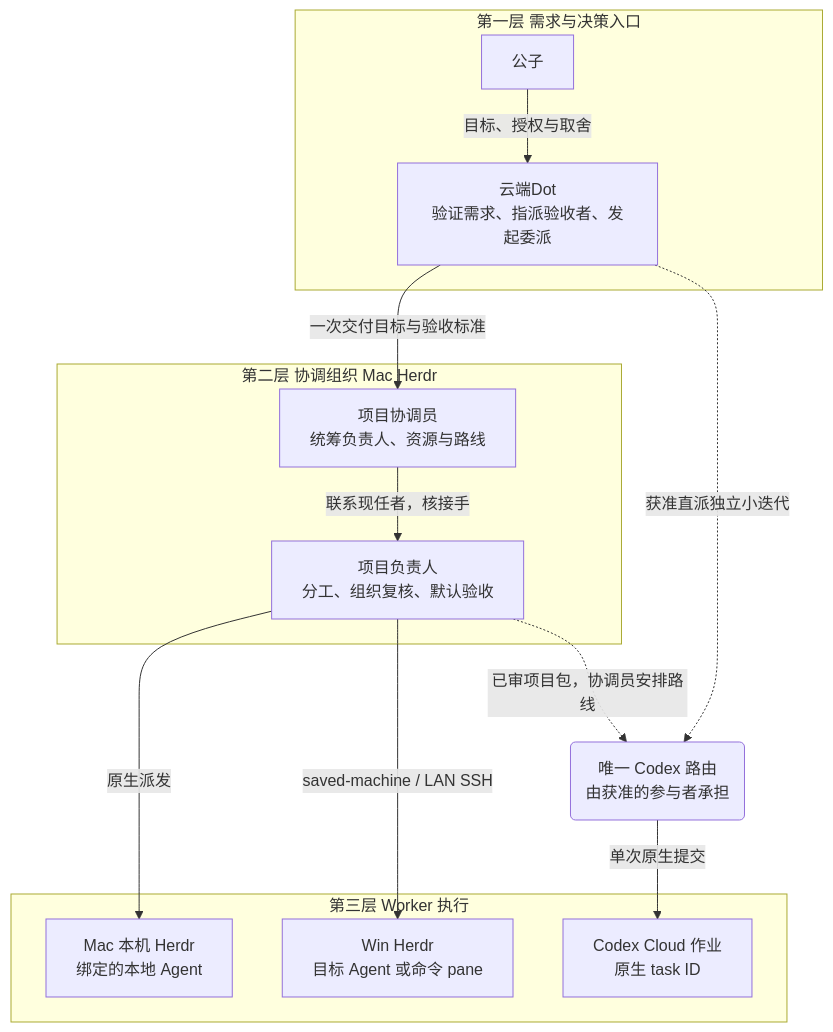
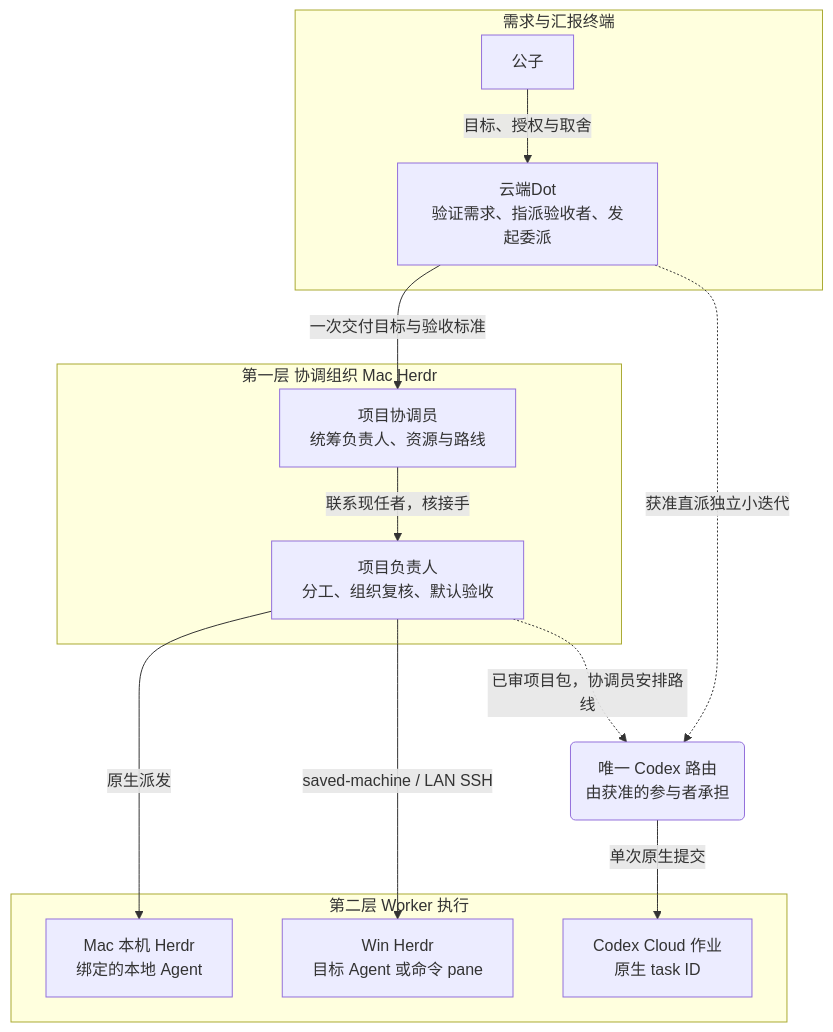
Before and after one commit to CF-FE/herdr-4-codexcloud: the first of 3 diagrams in docs/architecture.md, drawn with Mermaid. The commit also changed other lines of this file and 13 other files, not shown here.

Commit message:
docs: refresh architecture diagrams and verified memory status

````diff
--- a/docs/architecture.md
+++ b/docs/architecture.md
@@ -19,20 +23,20 @@
 ```mermaid
 graph TD
-    subgraph 第一层 需求与决策入口
+    subgraph 需求与汇报终端
         U["公子"] -->|"目标、授权与取舍"| D["云端Dot<br/>验证需求、指派验收者、发起委派"]
     end
-    subgraph 第二层 协调组织 Mac Herdr
+    subgraph 第一层 协调组织 Mac Herdr
         C["项目协调员<br/>统筹负责人、资源与路线"] -->|"联系现任者，核接手"| O["项目负责人<br/>分工、组织复核、默认验收"]
     end
-    subgraph 第三层 Worker 执行
+    subgraph 第二层 Worker 执行
         M["Mac 本机 Herdr<br/>绑定的本地 Agent"]
         W["Win Herdr<br/>目标 Agent 或命令 pane"]
         X["Codex Cloud 作业<br/>原生 task ID"]
     end
     D -->|"一次交付目标与验收标准"| C
     O -->|"原生派发"| M
     O -->|"saved-machine / LAN SSH"| W
     O -.->|"已审项目包，协调员安排路线"| R("唯一 Codex 路由<br/>由获准的参与者承担")
     D -.->|"获准直派独立小迭代"| R
     R -->|"单次原生提交"| X
 ```
````
